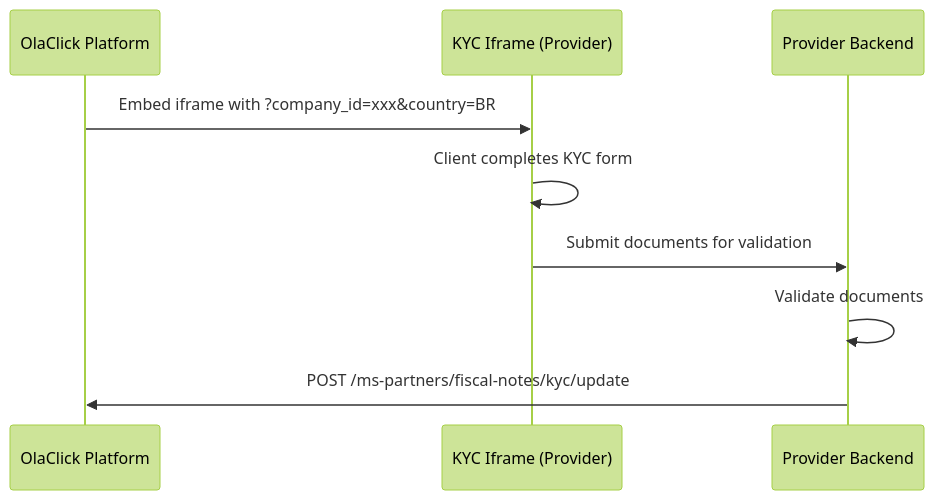
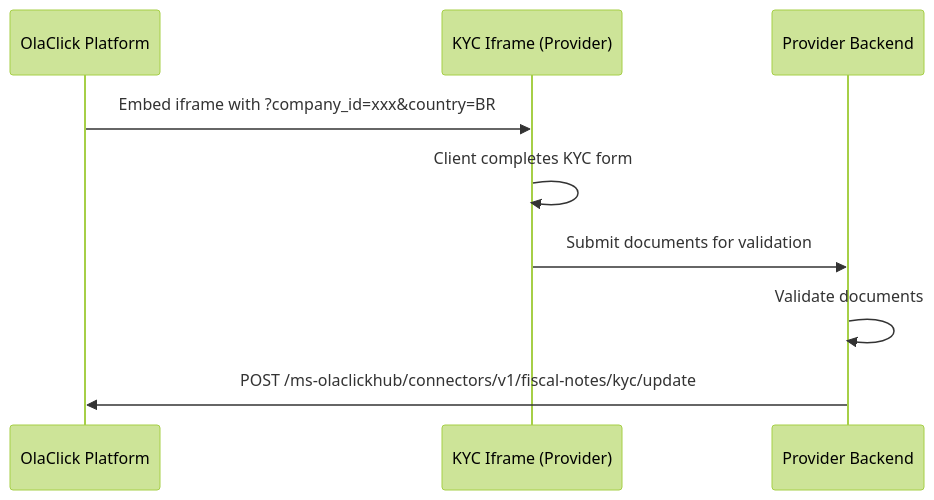
Before and after one commit to estefanno18/olaclick-partners-landing-page: the diagram in docs/modules/fiscal-notes/kyc-iframe.md, drawn with Mermaid (forest theme). The commit also changed other lines of this file and 11 other files, not shown here.

Commit message:
docs: align olaclickhub connectors v1 routes in portal docs

````diff
--- a/docs/modules/fiscal-notes/kyc-iframe.md
+++ b/docs/modules/fiscal-notes/kyc-iframe.md
@@ -17,12 +17,12 @@
 ```mermaid
 sequenceDiagram
     participant OlaClick as OlaClick Platform
     participant Iframe as KYC Iframe (Provider)
     participant API as Provider Backend
 
     OlaClick->>Iframe: Embed iframe with ?company_id=xxx&country=BR
     Iframe->>Iframe: Client completes KYC form
     Iframe->>API: Submit documents for validation
     API->>API: Validate documents
-    API->>OlaClick: POST /ms-partners/fiscal-notes/kyc/update
+    API->>OlaClick: POST /ms-olaclickhub/connectors/v1/fiscal-notes/kyc/update
 ```
````
